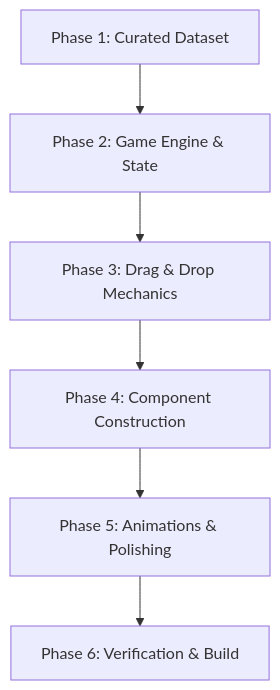
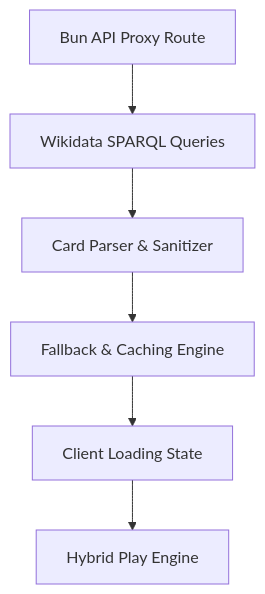
The diagram in PLAN.md (j1znuneel/indian-trivia), drawn with Mermaid before and after one commit. The commit also changed other lines of this file and 5 other files, not shown here.

Commit message:
Optimize Wikidata SPARQL queries to run in milliseconds and prevent timeouts

````diff
--- a/PLAN.md
+++ b/PLAN.md
@@ -9,8 +9,8 @@
 ```mermaid
 graph TD
-    A[Phase 1: Curated Dataset] --> B[Phase 2: Game Engine & State]
-    B --> C[Phase 3: Drag & Drop Mechanics]
-    C --> D[Phase 4: Component Construction]
-    D --> E[Phase 5: Animations & Polishing]
-    E --> F[Phase 6: Verification & Build]
+    A[Bun API Proxy Route] --> B[Wikidata SPARQL Queries]
+    B --> C[Card Parser & Sanitizer]
+    C --> D[Fallback & Caching Engine]
+    D --> E[Client Loading State]
+    E --> F[Hybrid Play Engine]
 ```
````
